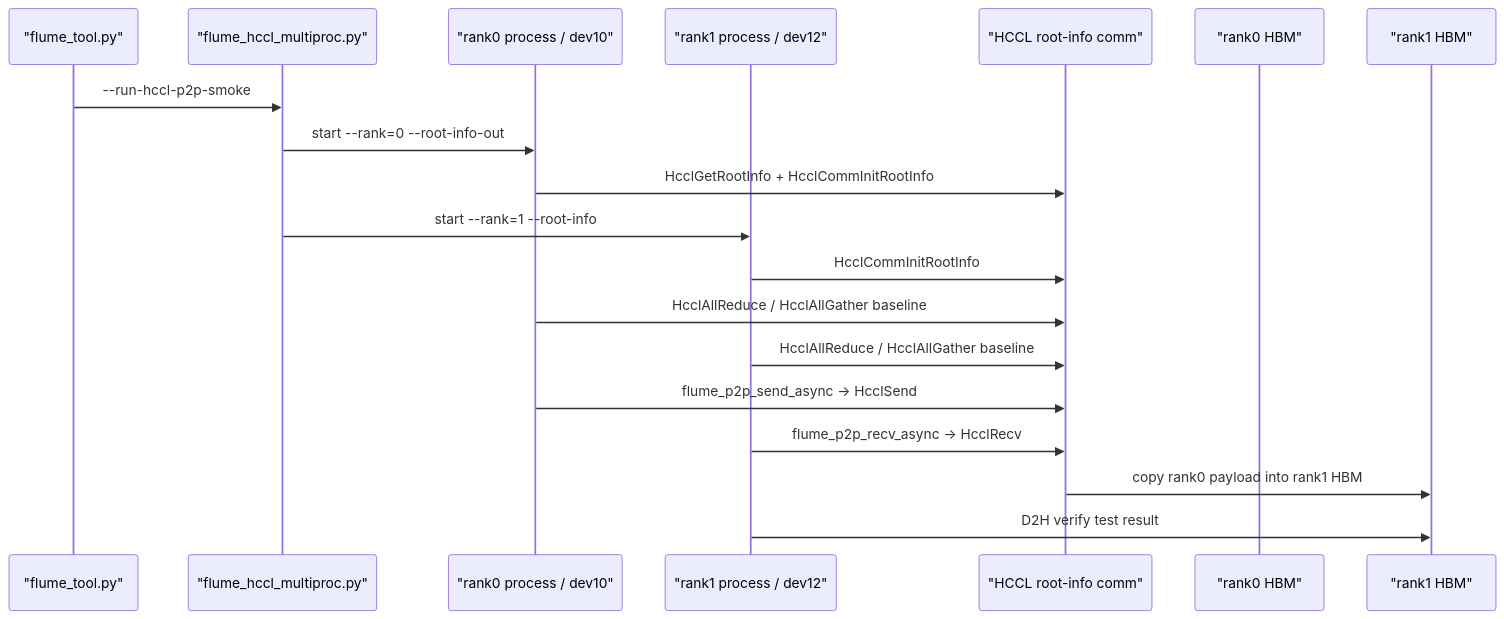
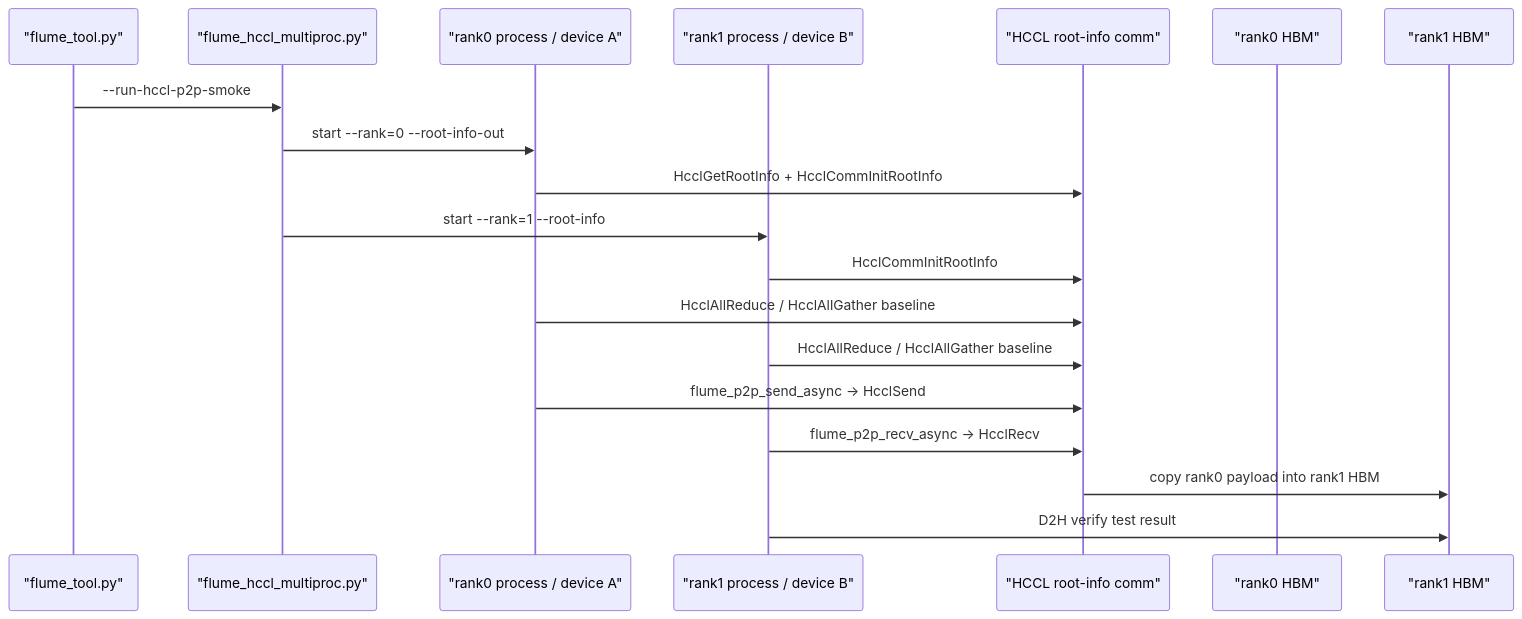
Before and after one commit to Leaf-Salix/flume-ascend-host-bypass-datapath: the ninth of 12 diagrams in docs/implementation-flow-summary.md, drawn with Mermaid. The commit also changed other lines of this file and 6 other files, not shown here.

````diff
--- a/docs/implementation-flow-summary.md
+++ b/docs/implementation-flow-summary.md
@@ -407,22 +407,22 @@
 ```mermaid
 sequenceDiagram
     participant Tool as "flume_tool.py"
     participant Launcher as "flume_hccl_multiproc.py"
-    participant R0 as "rank0 process / dev10"
-    participant R1 as "rank1 process / dev12"
+    participant R0 as "rank0 process / device A"
+    participant R1 as "rank1 process / device B"
     participant HCCL as "HCCL root-info comm"
     participant HBM0 as "rank0 HBM"
     participant HBM1 as "rank1 HBM"
 
     Tool->>Launcher: --run-hccl-p2p-smoke
     Launcher->>R0: start --rank=0 --root-info-out
     R0->>HCCL: HcclGetRootInfo + HcclCommInitRootInfo
     Launcher->>R1: start --rank=1 --root-info
     R1->>HCCL: HcclCommInitRootInfo
     R0->>HCCL: HcclAllReduce / HcclAllGather baseline
     R1->>HCCL: HcclAllReduce / HcclAllGather baseline
     R0->>HCCL: flume_p2p_send_async -> HcclSend
     R1->>HCCL: flume_p2p_recv_async -> HcclRecv
     HCCL->>HBM1: copy rank0 payload into rank1 HBM
     R1->>HBM1: D2H verify test result
 ```
````
